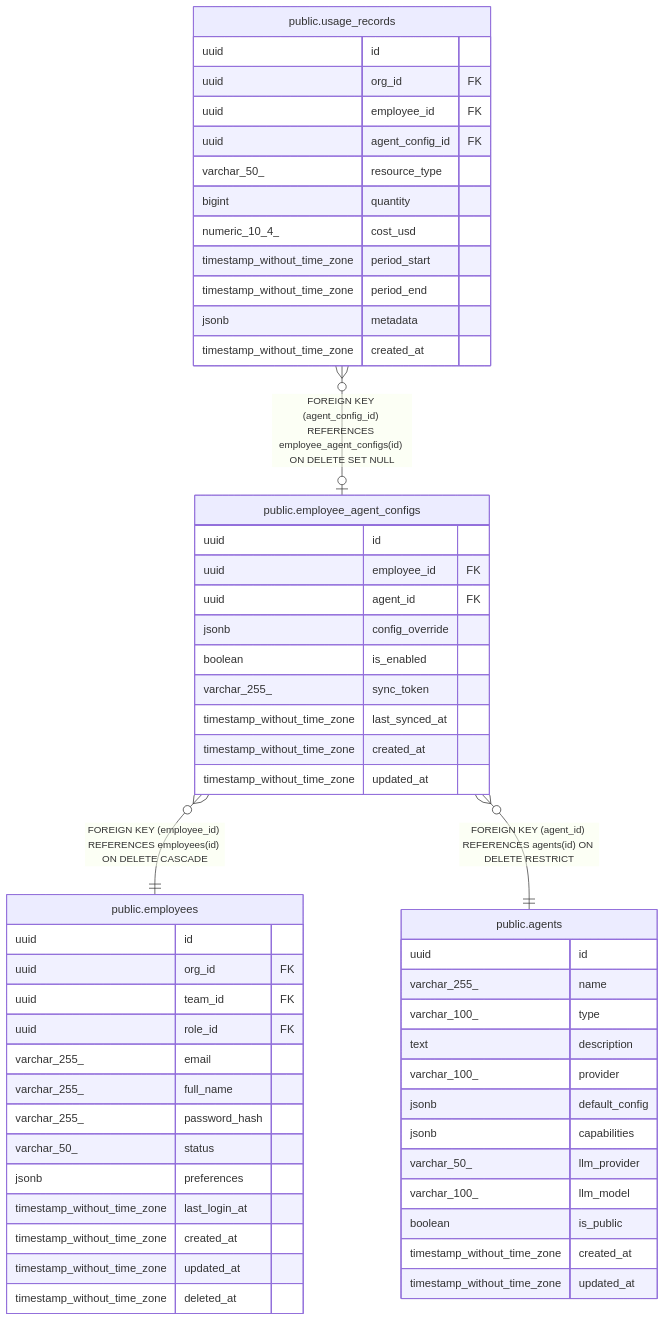
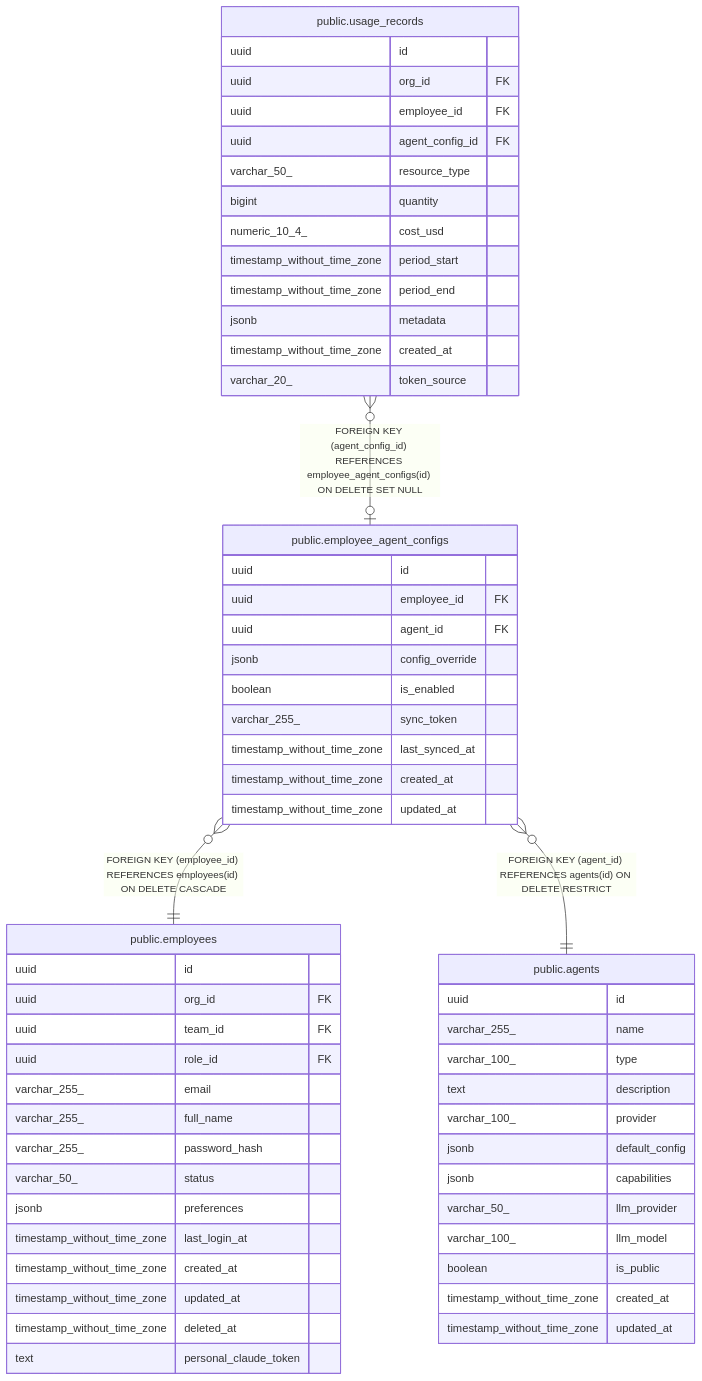
One commit to rastrigin-systems/arfa changed the diagram in docs/public.employee_agent_configs.md. Above: the diagram before and after it, drawn with Mermaid. The commit also changed 50 other files, not shown here.

````diff
--- a/docs/public.employee_agent_configs.md
+++ b/docs/public.employee_agent_configs.md
@@ -50,61 +50,63 @@
 ```mermaid
 erDiagram
 
 "public.usage_records" }o--o| "public.employee_agent_configs" : "FOREIGN KEY (agent_config_id) REFERENCES employee_agent_configs(id) ON DELETE SET NULL"
 "public.employee_agent_configs" }o--|| "public.employees" : "FOREIGN KEY (employee_id) REFERENCES employees(id) ON DELETE CASCADE"
 "public.employee_agent_configs" }o--|| "public.agents" : "FOREIGN KEY (agent_id) REFERENCES agents(id) ON DELETE RESTRICT"
 
 "public.employee_agent_configs" {
   uuid id
   uuid employee_id FK
   uuid agent_id FK
   jsonb config_override
   boolean is_enabled
   varchar_255_ sync_token
   timestamp_without_time_zone last_synced_at
   timestamp_without_time_zone created_at
   timestamp_without_time_zone updated_at
 }
 "public.usage_records" {
   uuid id
   uuid org_id FK
   uuid employee_id FK
   uuid agent_config_id FK
   varchar_50_ resource_type
   bigint quantity
   numeric_10_4_ cost_usd
   timestamp_without_time_zone period_start
   timestamp_without_time_zone period_end
   jsonb metadata
   timestamp_without_time_zone created_at
+  varchar_20_ token_source
 }
 "public.employees" {
   uuid id
   uuid org_id FK
   uuid team_id FK
   uuid role_id FK
   varchar_255_ email
   varchar_255_ full_name
   varchar_255_ password_hash
   varchar_50_ status
   jsonb preferences
   timestamp_without_time_zone last_login_at
   timestamp_without_time_zone created_at
   timestamp_without_time_zone updated_at
   timestamp_without_time_zone deleted_at
+  text personal_claude_token
 }
 "public.agents" {
   uuid id
   varchar_255_ name
   varchar_100_ type
   text description
   varchar_100_ provider
   jsonb default_config
   jsonb capabilities
   varchar_50_ llm_provider
   varchar_100_ llm_model
   boolean is_public
   timestamp_without_time_zone created_at
   timestamp_without_time_zone updated_at
 }
 ```
````
